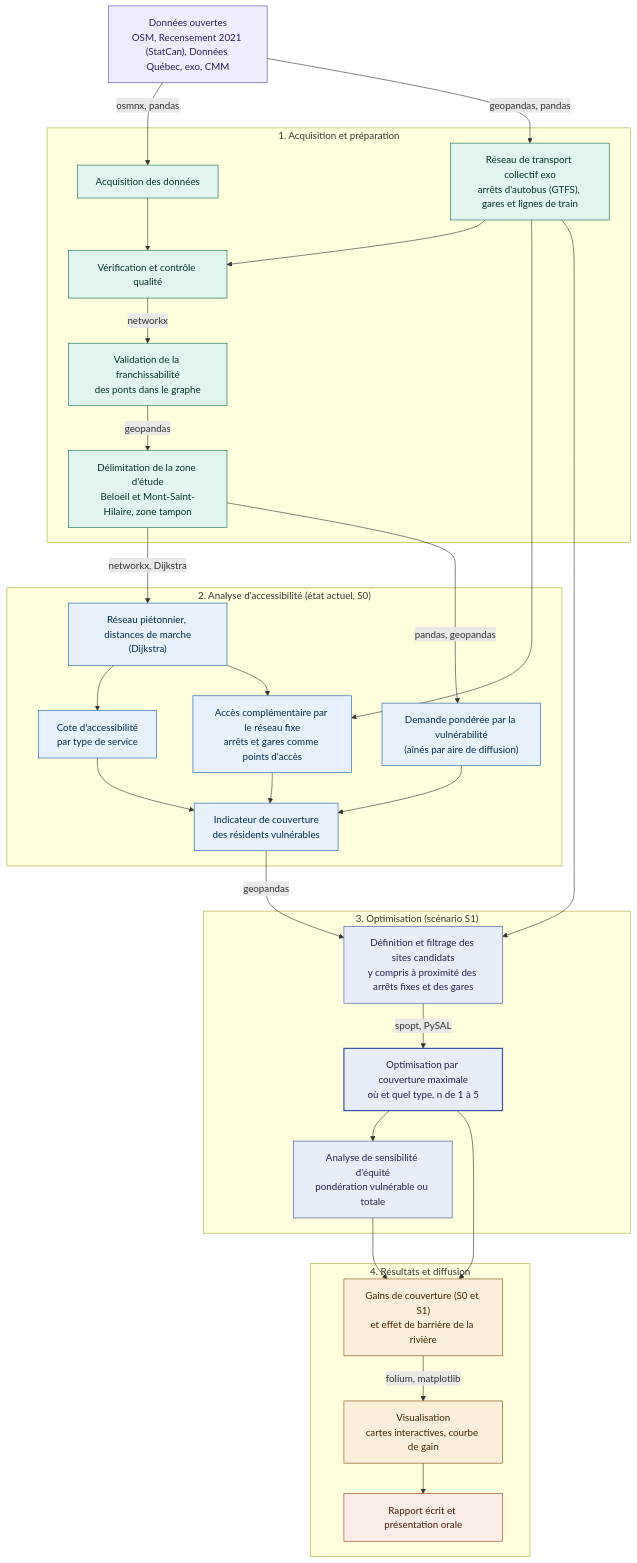
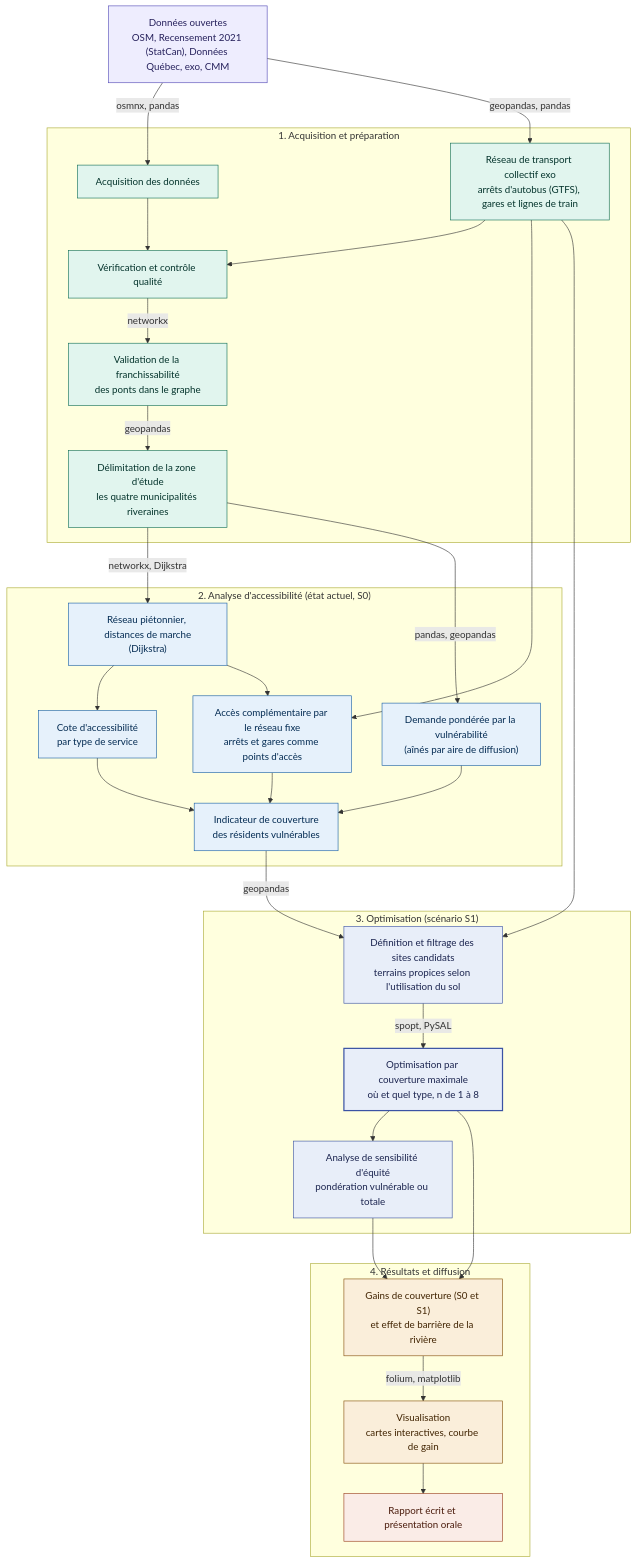
The diagram in README.md (girm8601/GMQ580_PS_MGiraldeau), drawn with Mermaid before and after one commit. The commit also changed other lines of this file and 3 other files, not shown here.

````diff
--- a/README.md
+++ b/README.md
@@ -52,73 +50,73 @@
 ```mermaid
 flowchart TD
     A["Données ouvertes<br/>OSM, Recensement 2021 (StatCan), Données Québec, exo, CMM"]
 
     subgraph P1["1. Acquisition et préparation"]
         B["Acquisition des données"]
         T["Réseau de transport collectif exo<br/>arrêts d'autobus (GTFS), gares et lignes de train"]
         C["Vérification et contrôle qualité"]
         D["Validation de la franchissabilité<br/>des ponts dans le graphe"]
-        E["Délimitation de la zone d'étude<br/>Beloeil et Mont-Saint-Hilaire, zone tampon"]
+        E["Délimitation de la zone d'étude<br/>les quatre municipalités riveraines"]
     end
 
     subgraph P2["2. Analyse d'accessibilité (état actuel, S0)"]
         F["Réseau piétonnier, distances de marche<br/>(Dijkstra)"]
         G["Cote d'accessibilité<br/>par type de service"]
         TA["Accès complémentaire par le réseau fixe<br/>arrêts et gares comme points d'accès"]
         I["Demande pondérée par la vulnérabilité<br/>(aînés par aire de diffusion)"]
         H["Indicateur de couverture<br/>des résidents vulnérables"]
     end
 
     subgraph P3["3. Optimisation (scénario S1)"]
-        J["Définition et filtrage des sites candidats<br/>y compris à proximité des arrêts fixes et des gares"]
-        K["Optimisation par couverture maximale<br/>où et quel type, n de 1 à 5"]
+        J["Définition et filtrage des sites candidats<br/>terrains propices selon l'utilisation du sol"]
+        K["Optimisation par couverture maximale<br/>où et quel type, n de 1 à 8"]
         L["Analyse de sensibilité d'équité<br/>pondération vulnérable ou totale"]
     end
 
     subgraph P4["4. Résultats et diffusion"]
         M["Gains de couverture (S0 et S1)<br/>et effet de barrière de la rivière"]
         N["Visualisation<br/>cartes interactives, courbe de gain"]
         O["Rapport écrit et présentation orale"]
     end
 
     A -->|"osmnx, pandas"| B
     A -->|"geopandas, pandas"| T
     B --> C
     T --> C
     C -->|"networkx"| D
     D -->|"geopandas"| E
     E -->|"networkx, Dijkstra"| F
     E -->|"pandas, geopandas"| I
     F --> G
     T --> TA
     F --> TA
     G --> H
     TA --> H
     I --> H
     H -->|"geopandas"| J
     T --> J
     J -->|"spopt, PySAL"| K
     K --> L
     K --> M
     L --> M
     M -->|"folium, matplotlib"| N
     N --> O
 
     style A fill:#EEEDFE,stroke:#534AB7,color:#26215C
     style B fill:#E1F5EE,stroke:#0F6E56,color:#04342C
     style T fill:#E1F5EE,stroke:#0F6E56,color:#04342C
     style C fill:#E1F5EE,stroke:#0F6E56,color:#04342C
     style D fill:#E1F5EE,stroke:#0F6E56,color:#04342C
     style E fill:#E1F5EE,stroke:#0F6E56,color:#04342C
     style F fill:#E6F1FB,stroke:#185FA5,color:#042C53
     style G fill:#E6F1FB,stroke:#185FA5,color:#042C53
     style TA fill:#E6F1FB,stroke:#185FA5,color:#042C53
     style H fill:#E6F1FB,stroke:#185FA5,color:#042C53
     style I fill:#E6F1FB,stroke:#185FA5,color:#042C53
     style J fill:#E8EEF9,stroke:#3B53A4,color:#1B244F
     style K fill:#E8EEF9,stroke:#3B53A4,color:#1B244F,stroke-width:2px
     style L fill:#E8EEF9,stroke:#3B53A4,color:#1B244F
     style M fill:#FAEEDA,stroke:#854F0B,color:#412402
     style N fill:#FAEEDA,stroke:#854F0B,color:#412402
     style O fill:#FAECE7,stroke:#993C1D,color:#4A1B0C
 ```
````
